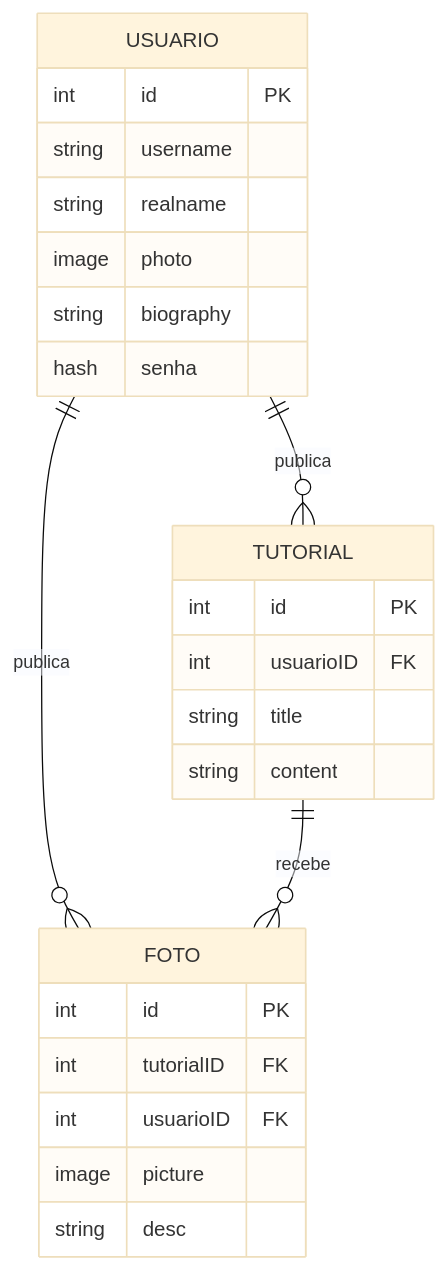
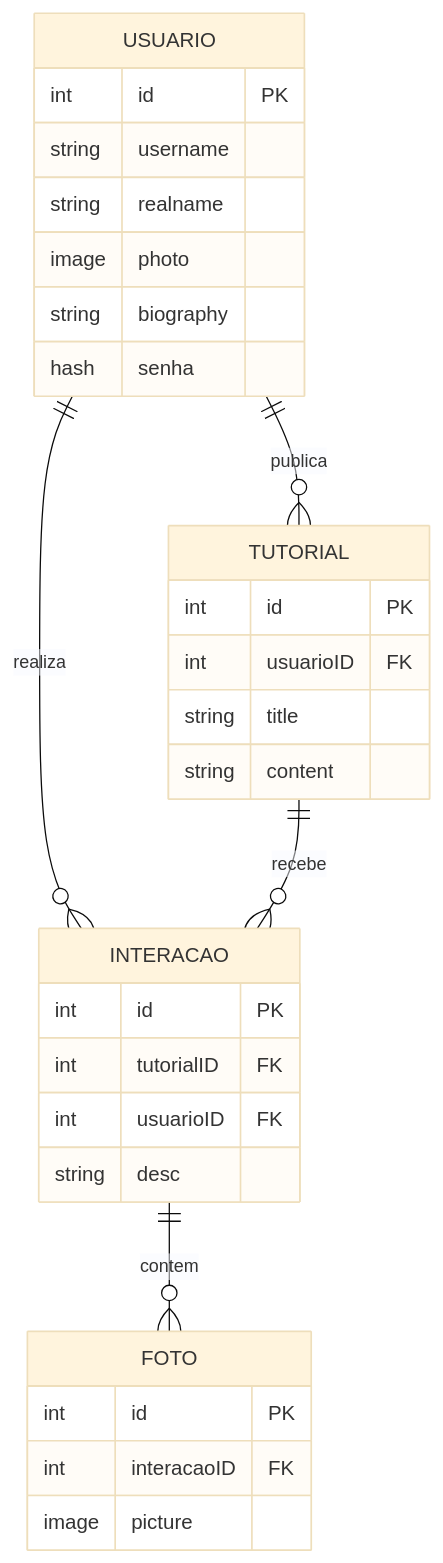
One commit to ravaianomiguel/projeto-x changed the diagram in projeto-x-especificacao.md. Above: the diagram before and after it, drawn with Mermaid (base theme). The commit also changed other lines of this file, not shown here.

````diff
--- a/projeto-x-especificacao.md
+++ b/projeto-x-especificacao.md
@@ -62,30 +78,36 @@
 ```mermaid
 erDiagram
     USUARIO ||--o{ TUTORIAL : publica
-    USUARIO ||--o{ FOTO : publica
-    TUTORIAL ||--o{ FOTO : recebe
+    USUARIO ||--o{ INTERACAO : realiza
+    TUTORIAL ||--o{ INTERACAO : recebe
+    INTERACAO ||--o{ FOTO : contem
 
     USUARIO {
         int id PK
         string username
         string realname
         image photo
         string biography
         hash senha
     }
 
     TUTORIAL {
         int id PK
         int usuarioID FK
         string title
         string content
     }
 
-    FOTO {
+    INTERACAO {
         int id PK
         int tutorialID FK
         int usuarioID FK
-        image picture
         string desc
     }
+
+    FOTO {
+        int id PK
+        int interacaoID FK
+        image picture
+    }
 ```
````
